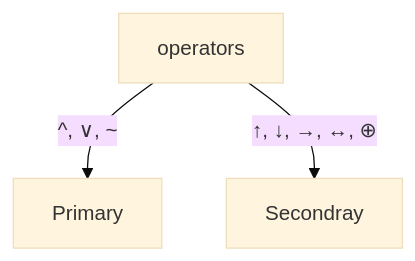
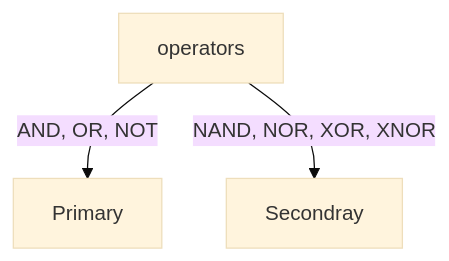
Before and after one commit to ArbitCode/GATE: the third of 3 diagrams in 1NovDM/1.Logic/Logic.md, drawn with Mermaid (base theme).

Commit message:
replaced with name

````diff
--- a/1NovDM/1.Logic/Logic.md
+++ b/1NovDM/1.Logic/Logic.md
@@ -72,5 +72,5 @@
 ```mermaid
   graph TD;
-  O[operators] --> |^, ∨, ~| P[Primary];
-  O -->  |↑, ↓, →, ↔, ⊕| S[Secondray];
+  O[operators] --> |AND, OR,  NOT| P[Primary];
+  O -->  |NAND, NOR, XOR, XNOR| S[Secondray];
 ```
````
